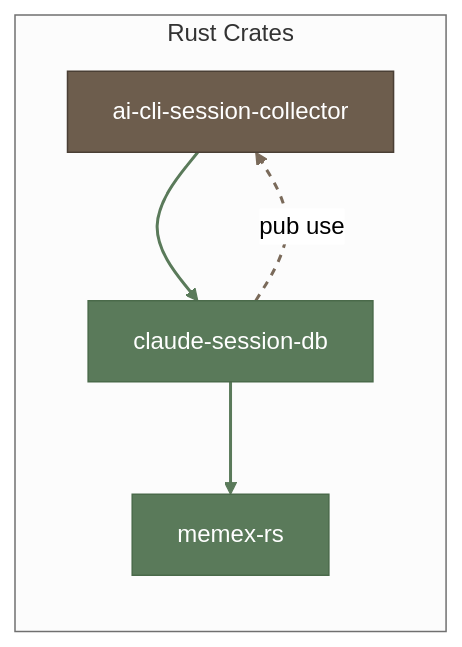
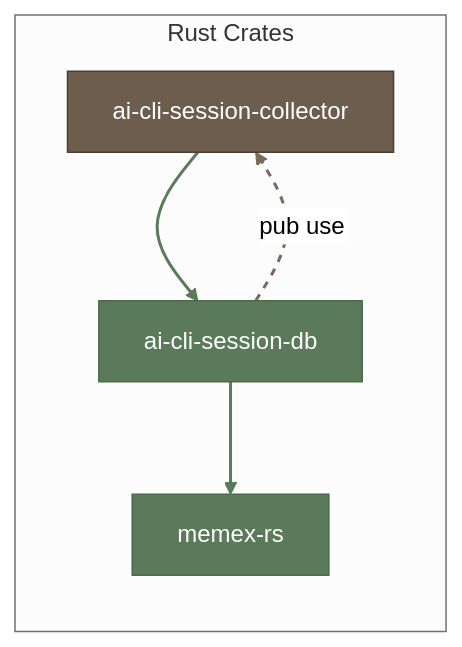
One commit to vimo-ai/ETerm-workspace changed the third of 4 diagrams in ARCHITECTURE.md. Above: the diagram before and after it, drawn with Mermaid (neutral theme). The commit also changed other lines of this file and 9 other files, not shown here.

First line of the commit message:
🔧 Rename claude-session-db to ai-cli-session-db

````diff
--- a/ARCHITECTURE.md
+++ b/ARCHITECTURE.md
@@ -162,19 +162,19 @@
 ```mermaid
 flowchart LR
     subgraph Crates["Rust Crates"]
         direction TB
         A["ai-cli-session-collector"]
-        B["claude-session-db"]
+        B["ai-cli-session-db"]
         C["memex-rs"]
         A --> B
         B --> C
         B -.->|"pub use"| A
     end
 
     style A fill:#6D5D4D,stroke:#4A3F35,color:#fff
     style B fill:#5A7A5A,stroke:#4A6A4A,color:#fff
     style C fill:#5A7A5A,stroke:#4A6A4A,color:#fff
 
     linkStyle 0,1 stroke:#5A7A5A,stroke-width:2px
     linkStyle 2 stroke:#7A6A5A,stroke-width:2px,stroke-dasharray:5
 ```
````
